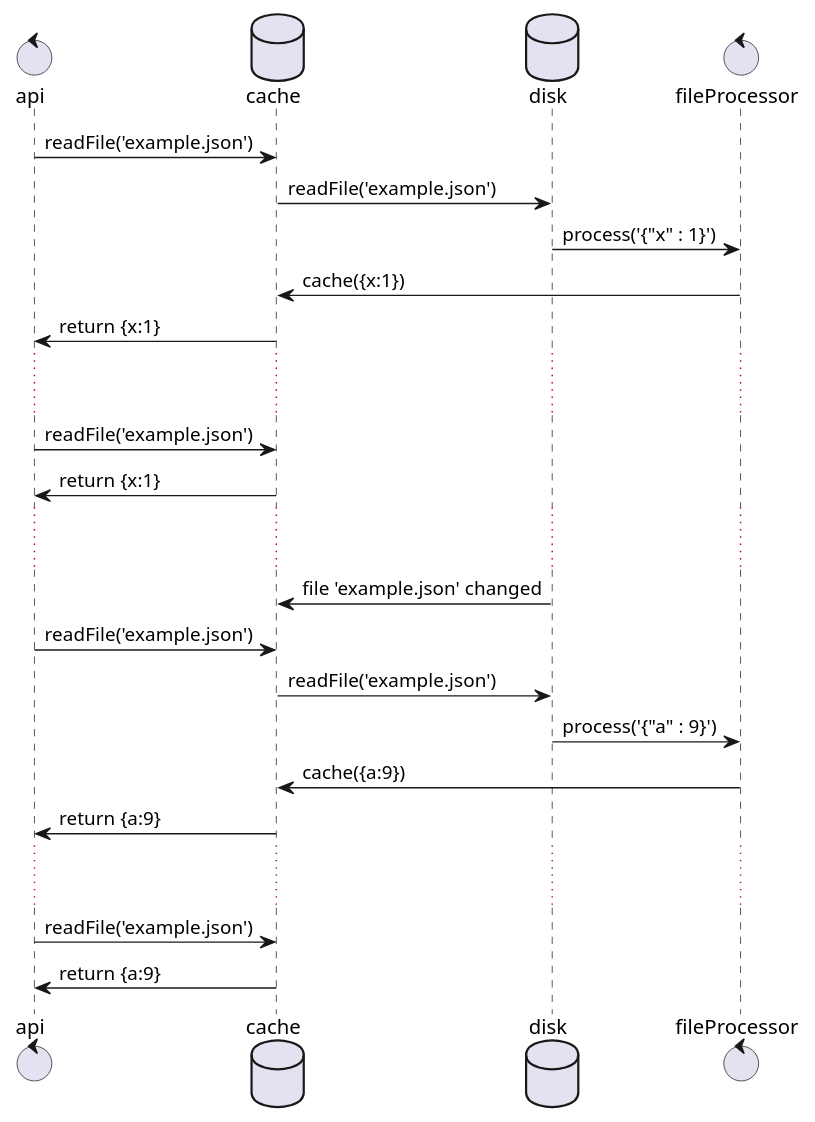
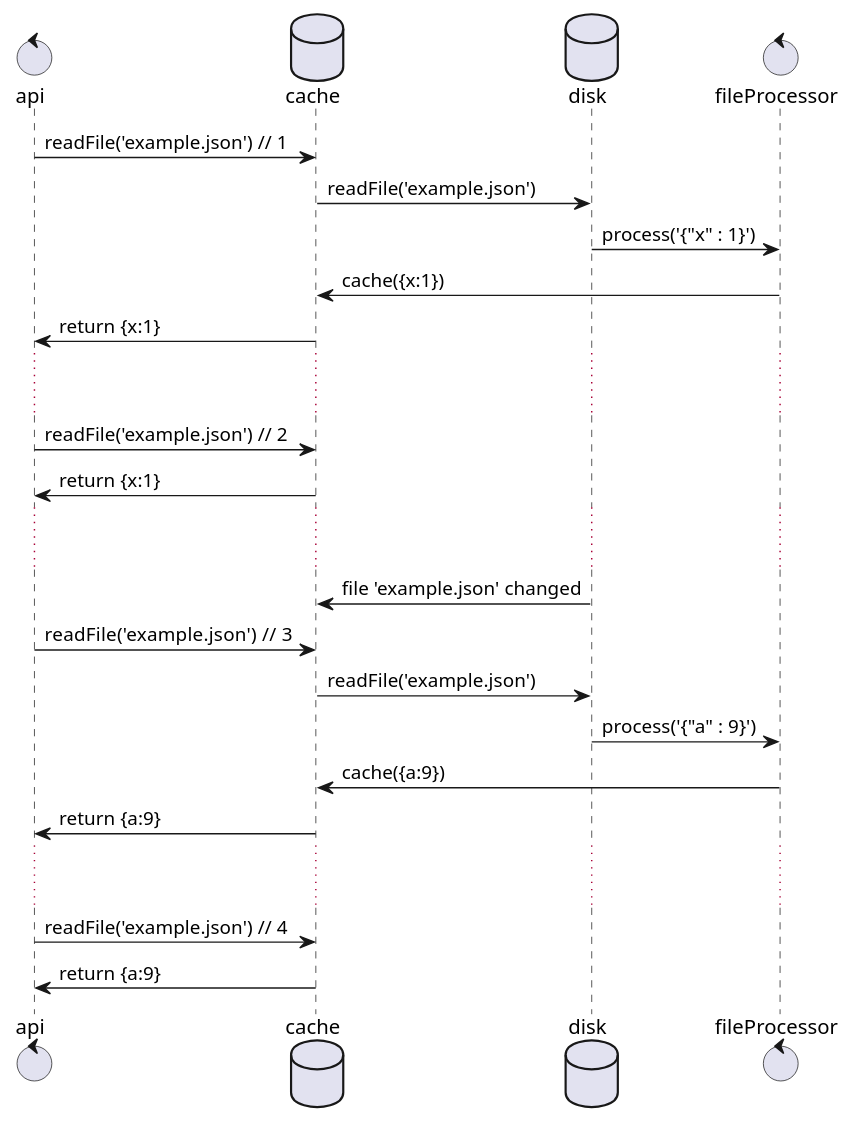
Before and after one commit to jantimon/hot-file-cache: the diagram in flow.puml, drawn with PlantUML. The commit also changed 2 other files, not shown here.

```diff
--- a/flow.puml
+++ b/flow.puml
@@ -1,31 +1,31 @@
 @startuml
 ' See docs http://plantuml.com/sequence.html
 '
 ' generate png:
 ' npm run puml
 
 control api
 database cache
 database disk
 control fileProcessor
 
-api -> cache : readFile('example.json')
+api -> cache : readFile('example.json') // 1
 cache -> disk : readFile('example.json')
 disk -> fileProcessor : process('{"x" : 1}')
 fileProcessor -> cache : cache({x:1})
 cache -> api: return {x:1}
 ... ... 
-api -> cache : readFile('example.json')
+api -> cache : readFile('example.json') // 2
 cache -> api: return {x:1}
 ... ... 
 disk -> cache : file 'example.json' changed
-api -> cache : readFile('example.json')
+api -> cache : readFile('example.json')  // 3
 cache -> disk : readFile('example.json')
 disk -> fileProcessor : process('{"a" : 9}')
-fileProcessor -> cache : cache({a:9})
+fileProcessor -> cache : cache({a:9}) 
 cache -> api: return {a:9}
 ... ... 
-api -> cache : readFile('example.json')
+api -> cache : readFile('example.json') // 4
 cache -> api: return {a:9}
 
 @enduml
```
